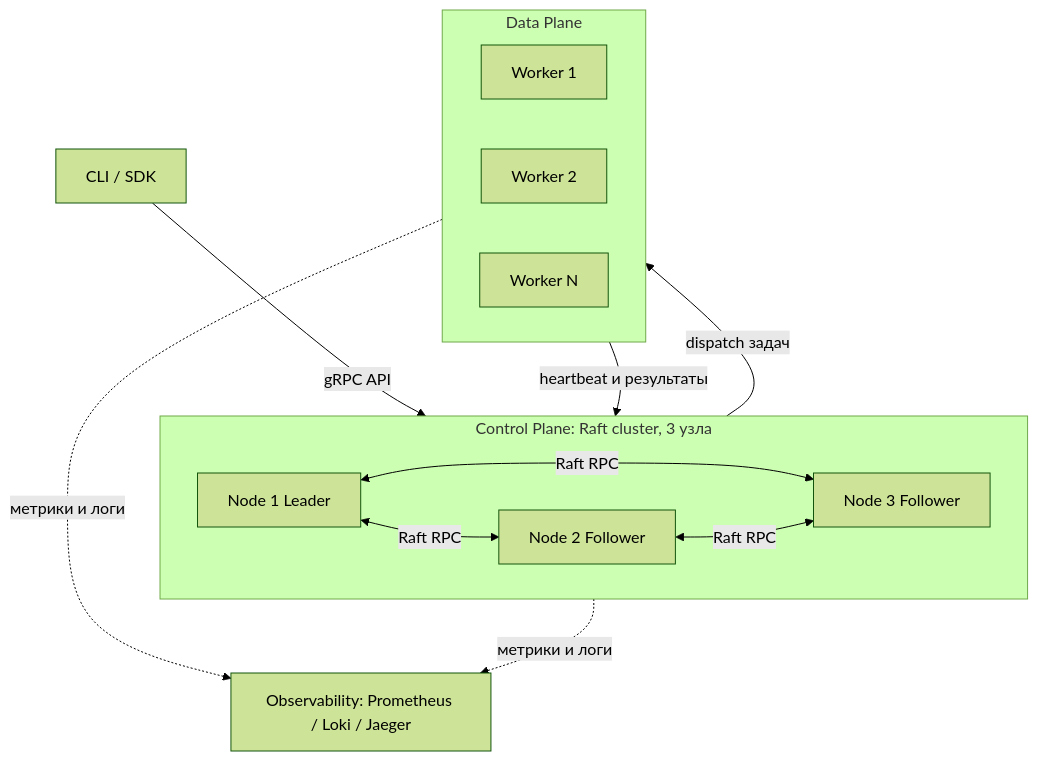
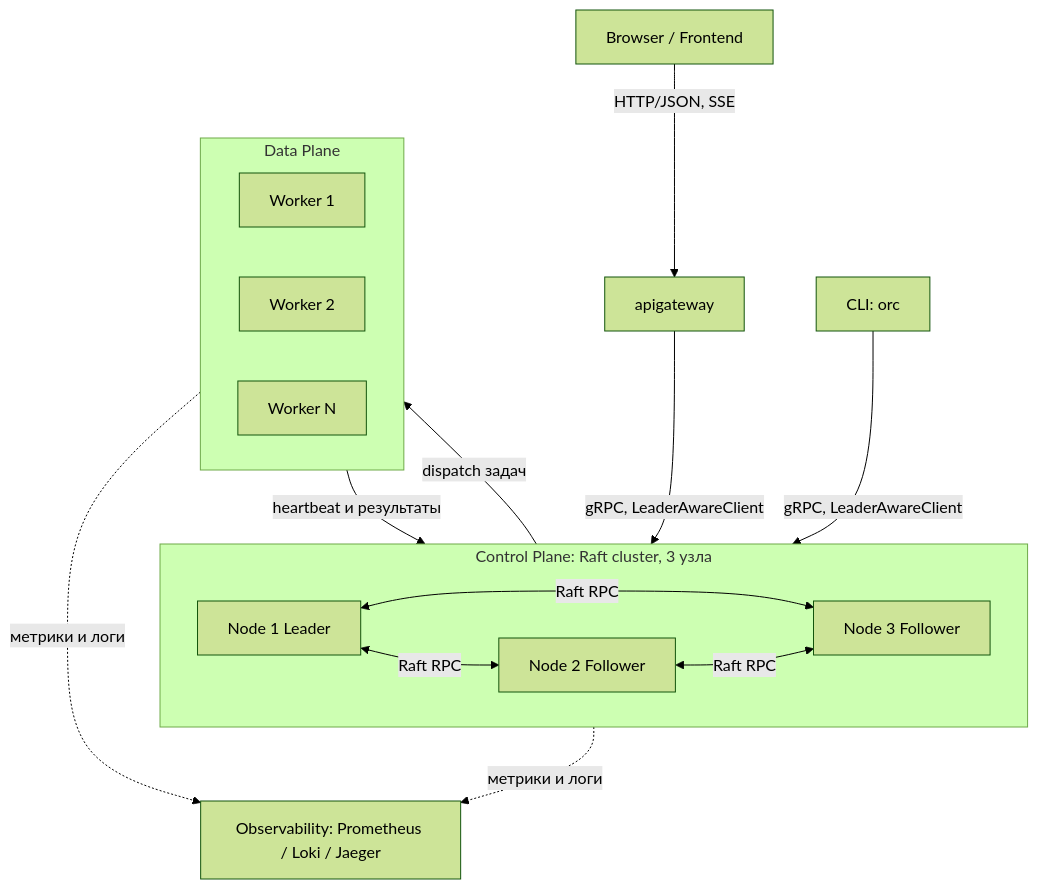
One commit to BLRrubik/distributed-workflow-orchestrator changed the diagram in docs/about.md. Above: the diagram before and after it, drawn with Mermaid (forest theme). The commit also changed other lines of this file and 2 other files, not shown here.

````diff
--- a/docs/about.md
+++ b/docs/about.md
@@ -26,29 +39,33 @@
 ```mermaid
 flowchart TD
-   CLI[CLI / SDK]
+    Browser[Browser / Frontend]
+    Gateway[apigateway]
+    CLI[CLI: orc]
 
-   subgraph ControlPlane["Control Plane: Raft cluster, 3 узла"]
-      direction LR
-      N1[Node 1 Leader]
-      N2[Node 2 Follower]
-      N3[Node 3 Follower]
-      N1 <-->|Raft RPC| N2
-      N1 <-->|Raft RPC| N3
-      N2 <-->|Raft RPC| N3
-   end
+    subgraph ControlPlane["Control Plane: Raft cluster, 3 узла"]
+        direction LR
+        N1[Node 1 Leader]
+        N2[Node 2 Follower]
+        N3[Node 3 Follower]
+        N1 <-->|Raft RPC| N2
+        N1 <-->|Raft RPC| N3
+        N2 <-->|Raft RPC| N3
+    end
 
-   subgraph DataPlane["Data Plane"]
-      direction LR
-      W1[Worker 1]
-      W2[Worker 2]
-      W3[Worker N]
-   end
+    subgraph DataPlane["Data Plane"]
+        direction LR
+        W1[Worker 1]
+        W2[Worker 2]
+        W3[Worker N]
+    end
 
-   Obs[Observability: Prometheus / Loki / Jaeger]
+    Obs[Observability: Prometheus / Loki / Jaeger]
 
-   CLI -->|gRPC API| N1
-   N1 -->|dispatch задач| DataPlane
-   DataPlane -->|heartbeat и результаты| N1
-   ControlPlane -.->|метрики и логи| Obs
-   DataPlane -.->|метрики и логи| Obs
+    Browser -->|HTTP/JSON, SSE| Gateway
+    Gateway -->|gRPC, LeaderAwareClient| N1
+    CLI -->|gRPC, LeaderAwareClient| N1
+    N1 -->|dispatch задач| DataPlane
+    DataPlane -->|heartbeat и результаты| N1
+    ControlPlane -.->|метрики и логи| Obs
+    DataPlane -.->|метрики и логи| Obs
 ```
````
